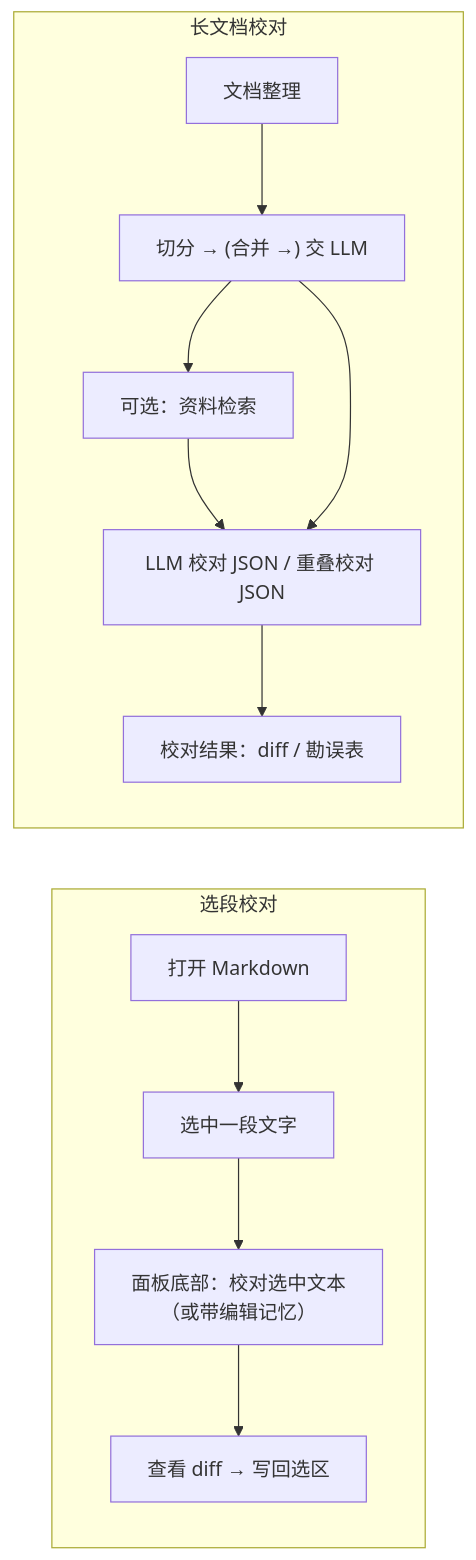
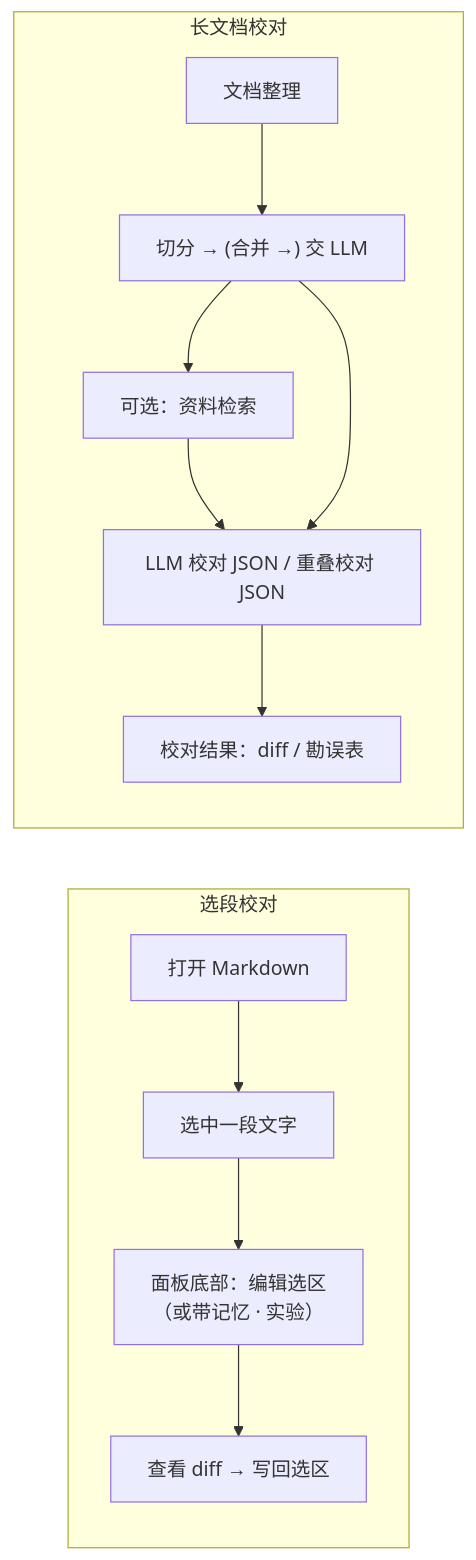
Before and after one commit to Fusyong/ai-proofread-vscode-extension: the first of 5 diagrams in docs/commands-cheatsheet.md, drawn with Mermaid. The commit also changed other lines of this file and 6 other files, not shown here.

````diff
--- a/docs/commands-cheatsheet.md
+++ b/docs/commands-cheatsheet.md
@@ -144,20 +144,20 @@
 ```mermaid
 flowchart LR
     subgraph 方式一["选段校对"]
         S1["打开 Markdown"]
         S2["选中一段文字"]
-        S3["面板底部：校对选中文本<br/>（或带编辑记忆）"]
+        S3["面板底部：编辑选区<br/>（或带记忆 · 实验）"]
         S4["查看 diff → 写回选区"]
         S1 --> S2 --> S3 --> S4
     end
 
     subgraph 方式二["长文档校对"]
         L1["文档整理"]
         L2["切分 → (合并 →) 交 LLM"]
         L3["可选：资料检索"]
         L4["LLM 校对 JSON / 重叠校对 JSON"]
         L5["校对结果：diff / 勘误表"]
         L1 --> L2 --> L3 --> L4 --> L5
         L2 --> L4
     end
 ```
````
